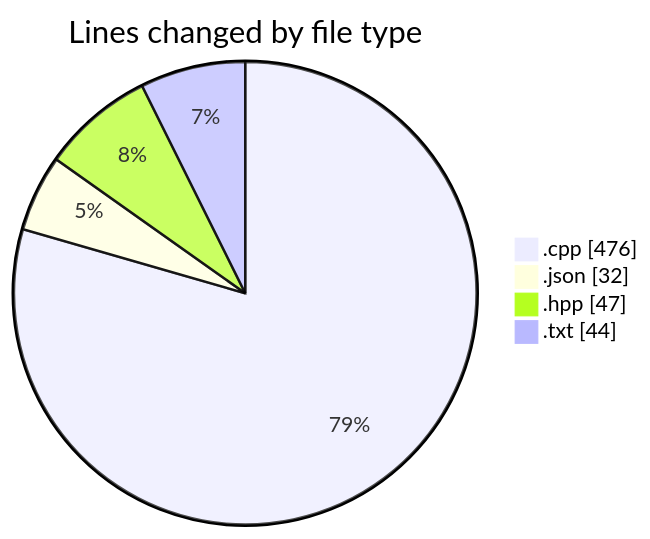
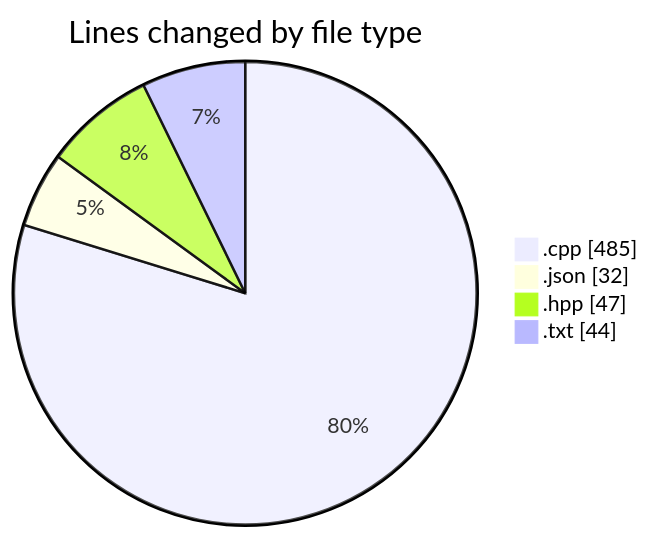
One commit to Netris89/code-tracking changed the first of 2 diagrams in 2025-04-21/echo/README.md. Above: the diagram before and after it, drawn with Mermaid. The commit also changed other lines of this file and 1 other file, not shown here.

````diff
--- a/2025-04-21/echo/README.md
+++ b/2025-04-21/echo/README.md
@@ -25,8 +25,8 @@
 ```mermaid
 pie showData
 title Lines changed by file type
-".cpp" : 476
+".cpp" : 485
 ".json" : 32
 ".hpp" : 47
 ".txt" : 44
 ```
````
